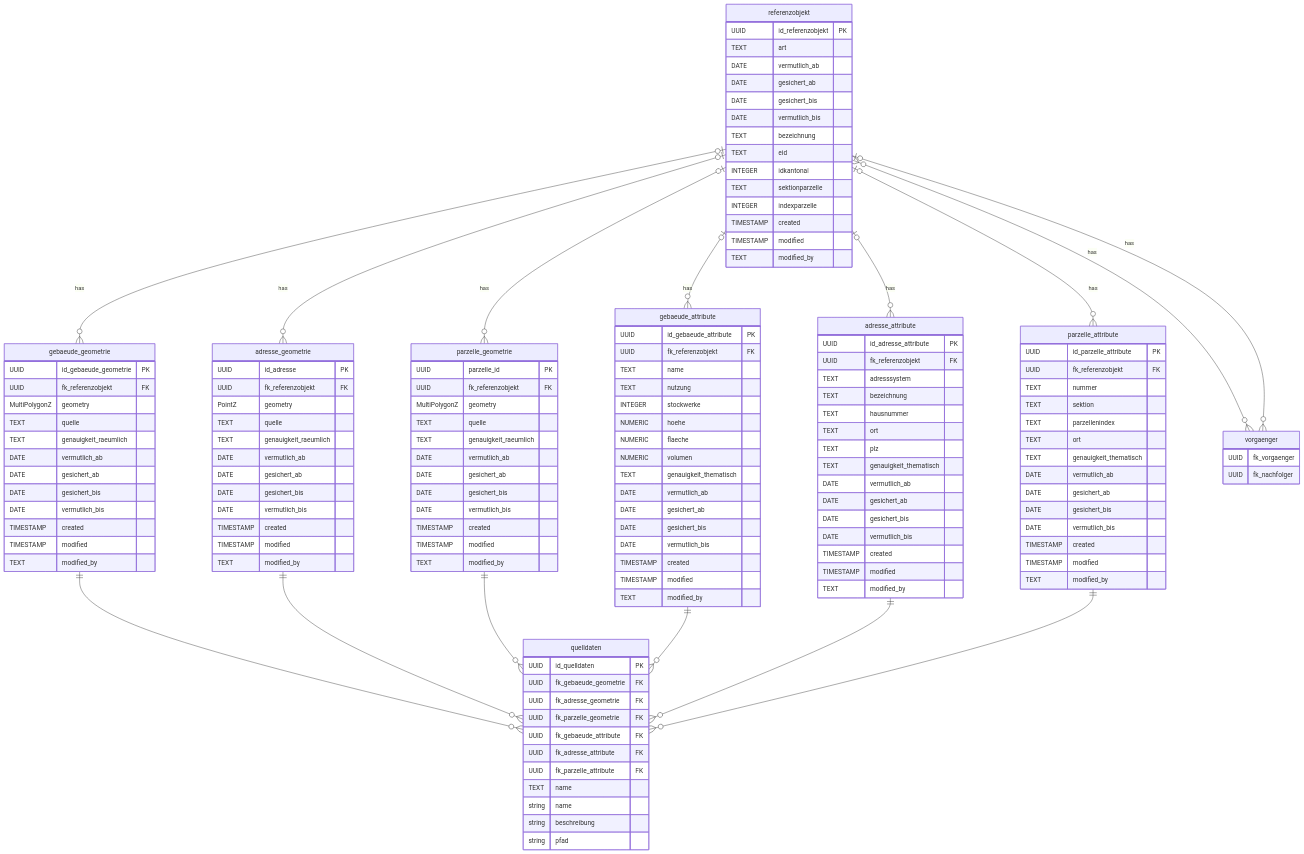
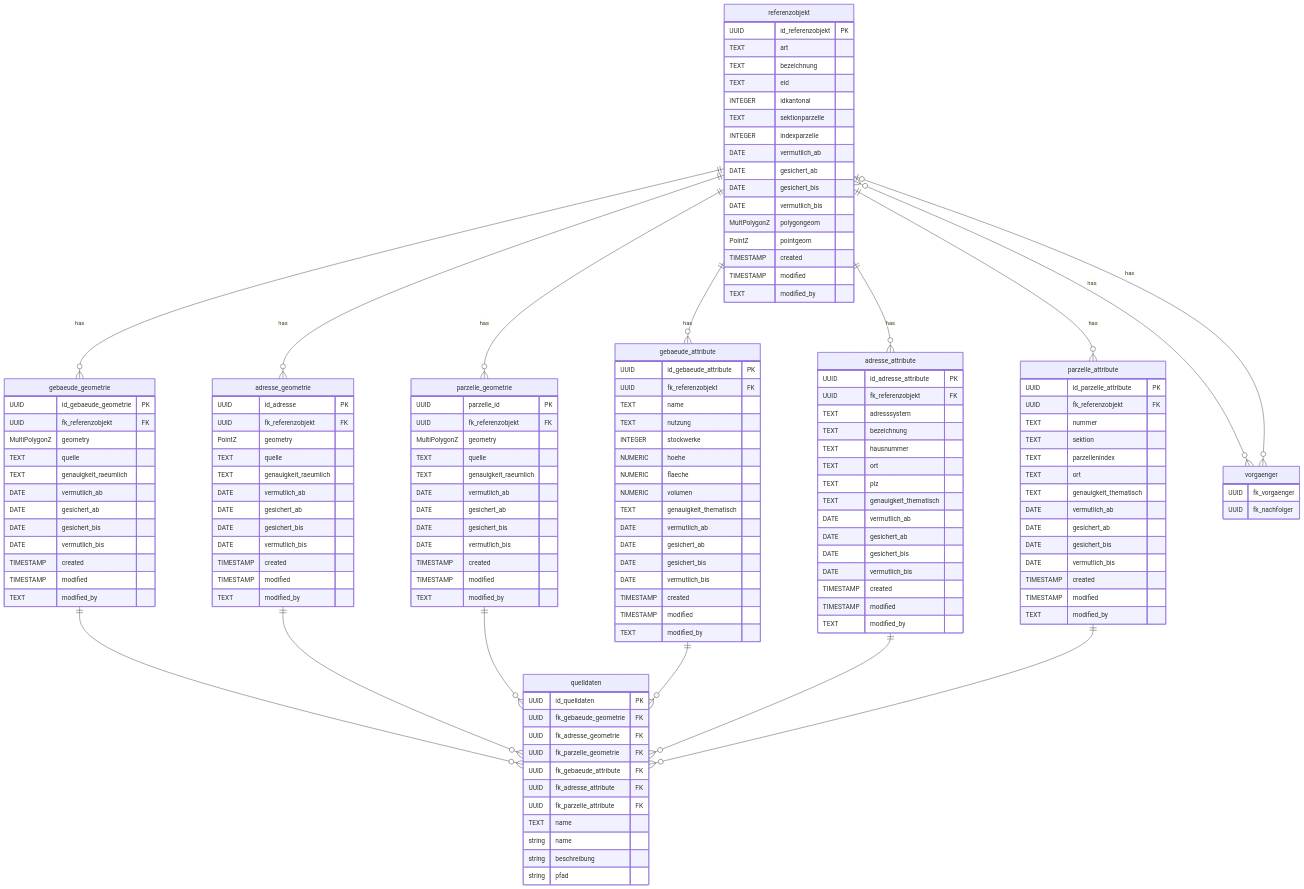
Before and after one commit to opengisch/ch.bs.urkataster: the diagram in database/README.md, drawn with Mermaid. The commit also changed other lines of this file and 2 other files, not shown here.

Commit message:
update schema mit referenzobjekten geometrien und auch trigger functions

```diff
--- a/database/README.md
+++ b/database/README.md
@@ -15,15 +15,17 @@
     referenzobjekt {
         UUID id_referenzobjekt PK
         TEXT art
-        DATE vermutlich_ab
-        DATE gesichert_ab
-        DATE gesichert_bis
-        DATE vermutlich_bis
         TEXT bezeichnung
         TEXT eid
         INTEGER idkantonal
         TEXT sektionparzelle
         INTEGER indexparzelle
+        DATE vermutlich_ab
+        DATE gesichert_ab
+        DATE gesichert_bis
+        DATE vermutlich_bis
+        MultPolygonZ polygongeom
+        PointZ pointgeom
         TIMESTAMP created
         TIMESTAMP modified
         TEXT modified_by
@@ -152,12 +154,12 @@
     %% --- BEZIEHUNGEN ---
     
     %% Referenzobjekt besitzt Geometrien und Attribute
-    referenzobjekt |o--o{ gebaeude_geometrie : "has"
-    referenzobjekt |o--o{ adresse_geometrie : "has"
-    referenzobjekt |o--o{ parzelle_geometrie : "has"
-    referenzobjekt |o--o{ gebaeude_attribute : "has"
-    referenzobjekt |o--o{ adresse_attribute : "has"
-    referenzobjekt |o--o{ parzelle_attribute : "has"
+    referenzobjekt ||--o{ gebaeude_geometrie : "has"
+    referenzobjekt ||--o{ adresse_geometrie : "has"
+    referenzobjekt ||--o{ parzelle_geometrie : "has"
+    referenzobjekt ||--o{ gebaeude_attribute : "has"
+    referenzobjekt ||--o{ adresse_attribute : "has"
+    referenzobjekt ||--o{ parzelle_attribute : "has"
 
     referenzobjekt }o--o{ vorgaenger : "has"
     referenzobjekt o|--o{ vorgaenger : "has"
```
